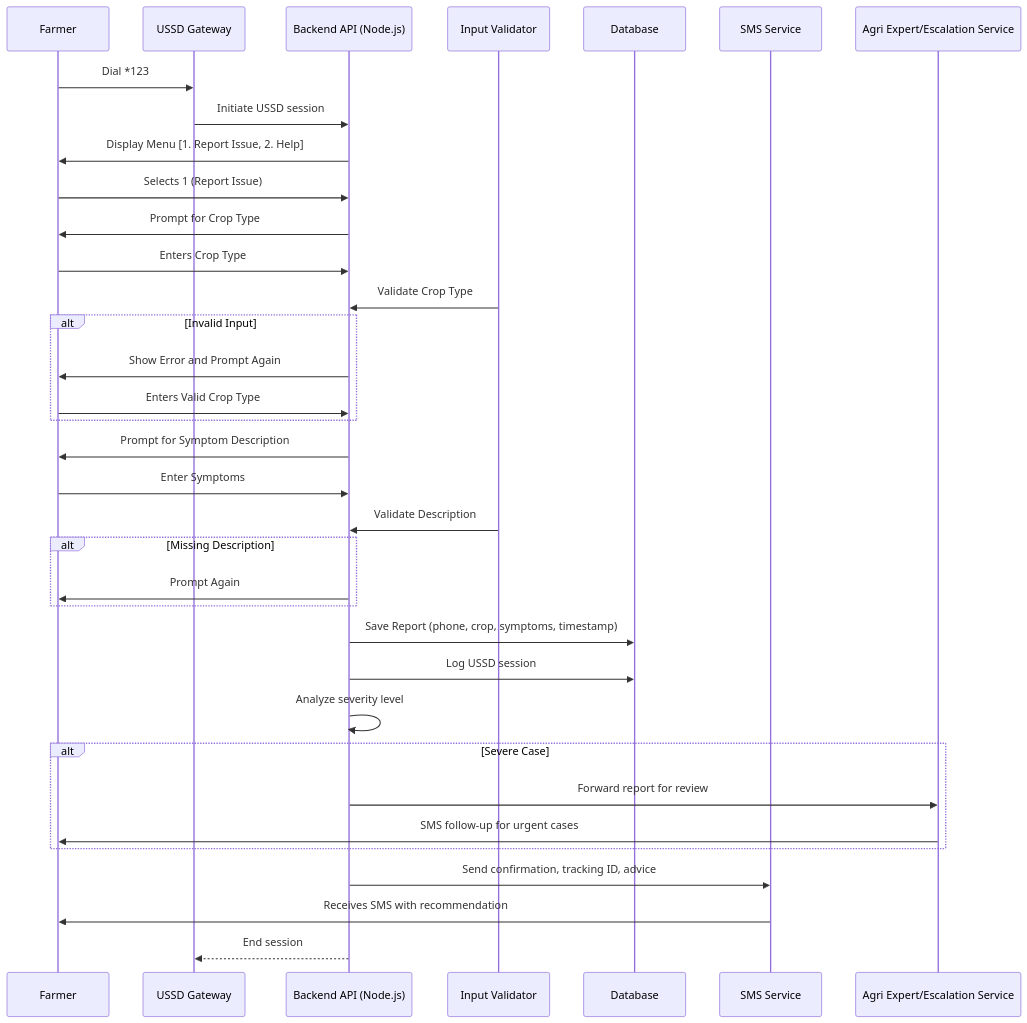
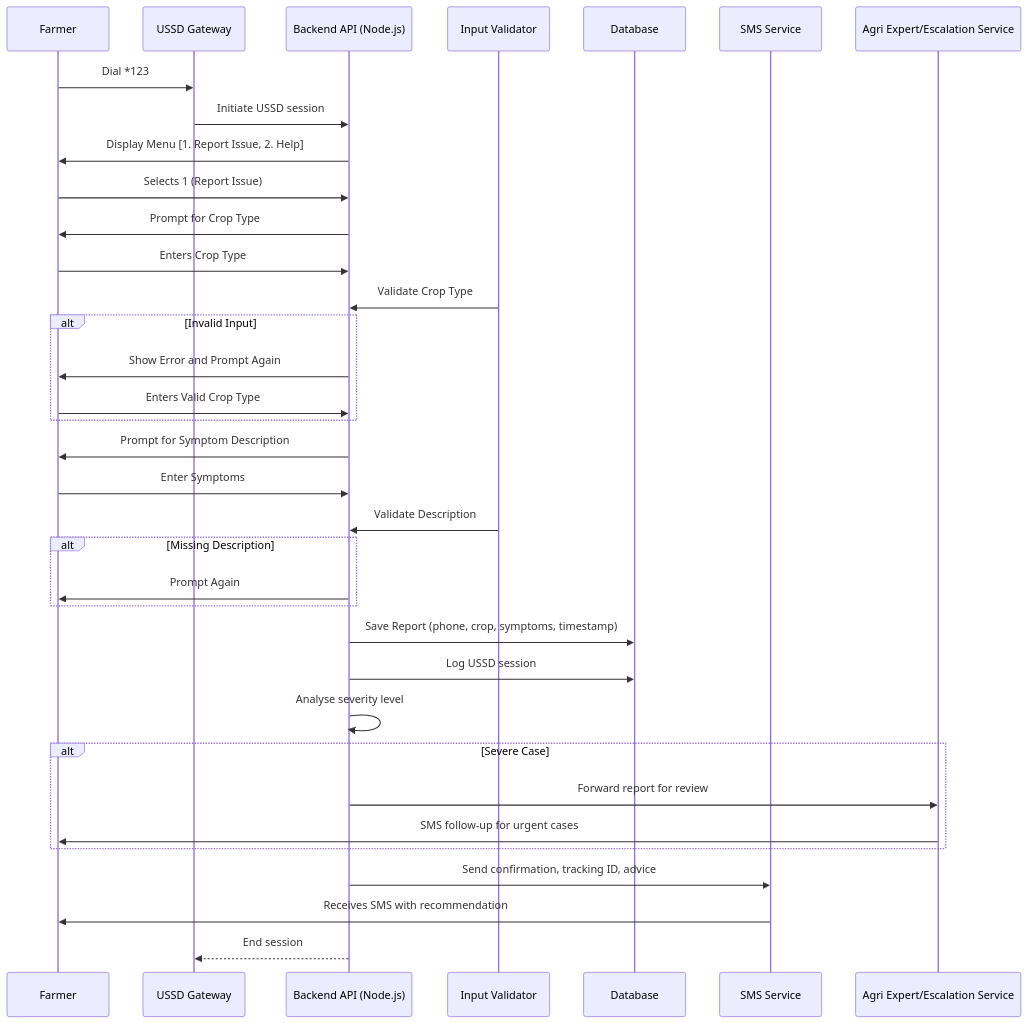
Before and after one commit to Purplewells/PestAndDiseaseAlert: the second of 2 diagrams in User Stories.md, drawn with Mermaid. The commit also changed other lines of this file, not shown here.

````diff
--- a/User Stories.md
+++ b/User Stories.md
@@ -112,45 +111,45 @@
 ```mermaid
 sequenceDiagram
     participant Farmer
     participant USSDGateway as USSD Gateway
     participant NodeServer as Backend API (Node.js)
     participant Validator as Input Validator
     participant DB as Database
     participant SMS as SMS Service
     participant Escalation as Agri Expert/Escalation Service
 
     Farmer->>USSDGateway: Dial *123#
     USSDGateway->>NodeServer: Initiate USSD session
     NodeServer->>Farmer: Display Menu [1. Report Issue, 2. Help]
     Farmer->>NodeServer: Selects 1 (Report Issue)
     
     NodeServer->>Farmer: Prompt for Crop Type
     Farmer->>NodeServer: Enters Crop Type
     Validator->>NodeServer: Validate Crop Type
     alt Invalid Input
         NodeServer->>Farmer: Show Error and Prompt Again
         Farmer->>NodeServer: Enters Valid Crop Type
     end
 
     NodeServer->>Farmer: Prompt for Symptom Description
     Farmer->>NodeServer: Enter Symptoms
     Validator->>NodeServer: Validate Description
     alt Missing Description
         NodeServer->>Farmer: Prompt Again
     end
 
     NodeServer->>DB: Save Report (phone, crop, symptoms, timestamp)
     NodeServer->>DB: Log USSD session
 
-    NodeServer->>NodeServer: Analyze severity level
+    NodeServer->>NodeServer: Analyse severity level
     alt Severe Case
         NodeServer->>Escalation: Forward report for review
         Escalation->>Farmer: SMS follow-up for urgent cases
     end
 
     NodeServer->>SMS: Send confirmation, tracking ID, advice
     SMS->>Farmer: Receives SMS with recommendation
 
     NodeServer-->>USSDGateway: End session
 
 ```
````
